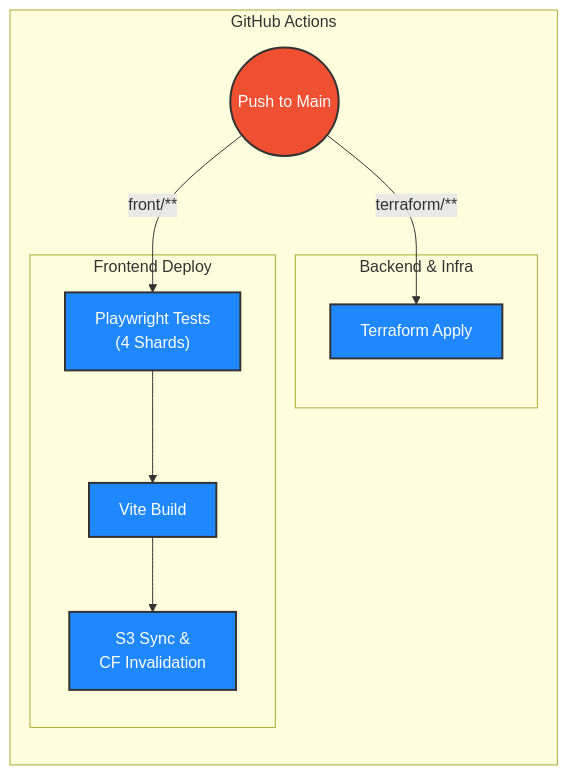
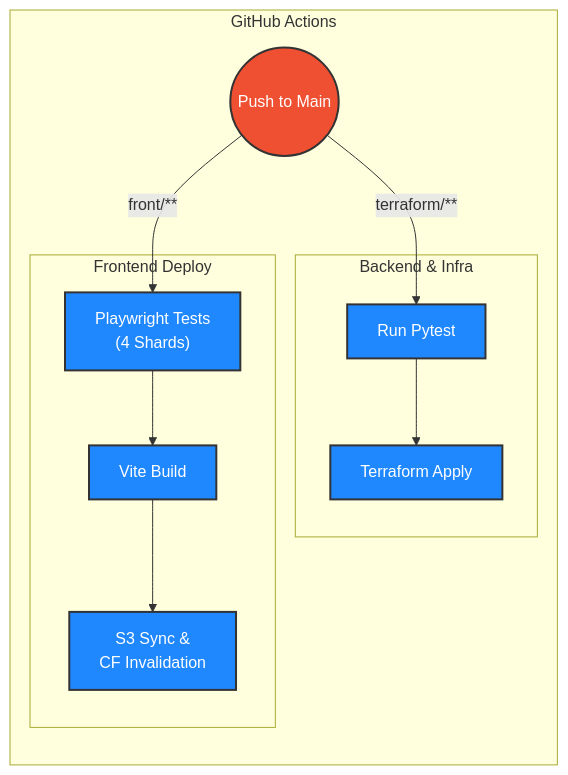
One commit to eaganro/MinutesMap changed the second of 2 diagrams in README.md. Above: the diagram before and after it, drawn with Mermaid. The commit also changed other lines of this file and 1 other file, not shown here.

````diff
--- a/README.md
+++ b/README.md
@@ -255,26 +281,29 @@
 ```mermaid
 flowchart LR
     %% Styles
     classDef git fill:#F05032,stroke:#333,stroke-width:2px,color:white;
     classDef action fill:#2088FF,stroke:#333,stroke-width:2px,color:white;
     classDef aws fill:#FF9900,stroke:#232F3E,stroke-width:2px,color:white;
 
     subgraph GitHub_Actions [GitHub Actions]
         direction TB
         Push((Push to Main)):::git
 
         subgraph Infra_Job [Backend & Infra]
+            PyTest[Run Pytest]:::action
             TF[Terraform Apply]:::action
+            PyTest --> TF
         end
 
         subgraph Front_Job [Frontend Deploy]
             Test["Playwright Tests<br/>(4 Shards)"]:::action
             Build[Vite Build]:::action
             Sync["S3 Sync &<br/>CF Invalidation"]:::action
         end
     end
 
-    Push -->|terraform/**| TF
+    Push -->|terraform/**| PyTest
     Push -->|front/**| Test
     Test --> Build --> Sync
+
 ```
````
